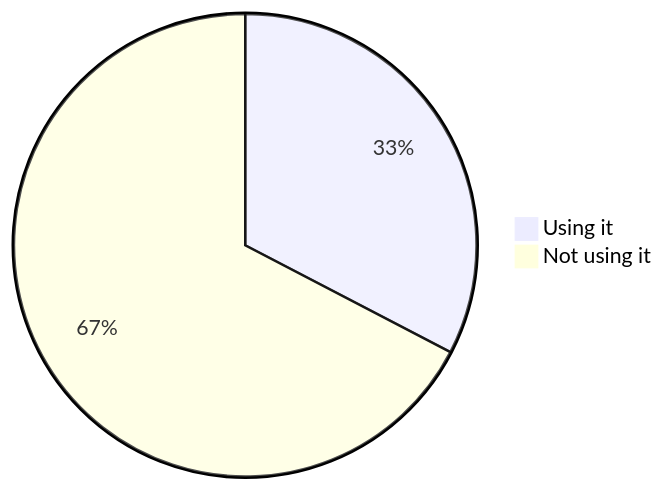
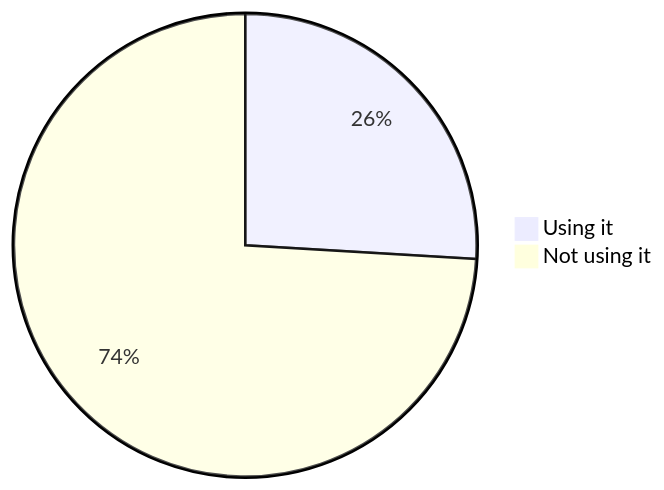
Diagram 14 of 22 in stats.md (oshp/oshp-stats), drawn with Mermaid before and after one commit. The commit also changed other lines of this file, not shown here.

````diff
--- a/stats.md
+++ b/stats.md
@@ -166,6 +166,6 @@
 ```mermaid
 pie
-	"Using it" : 32.64
-	"Not using it" : 67.36
+	"Using it" : 25.95
+	"Not using it" : 74.05
 
 ```
````
